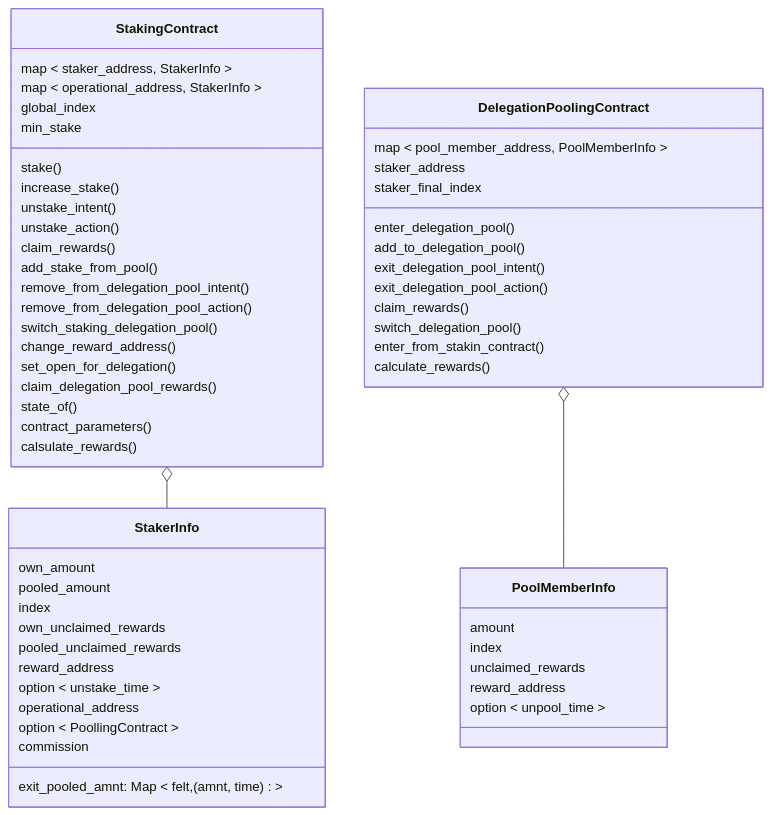
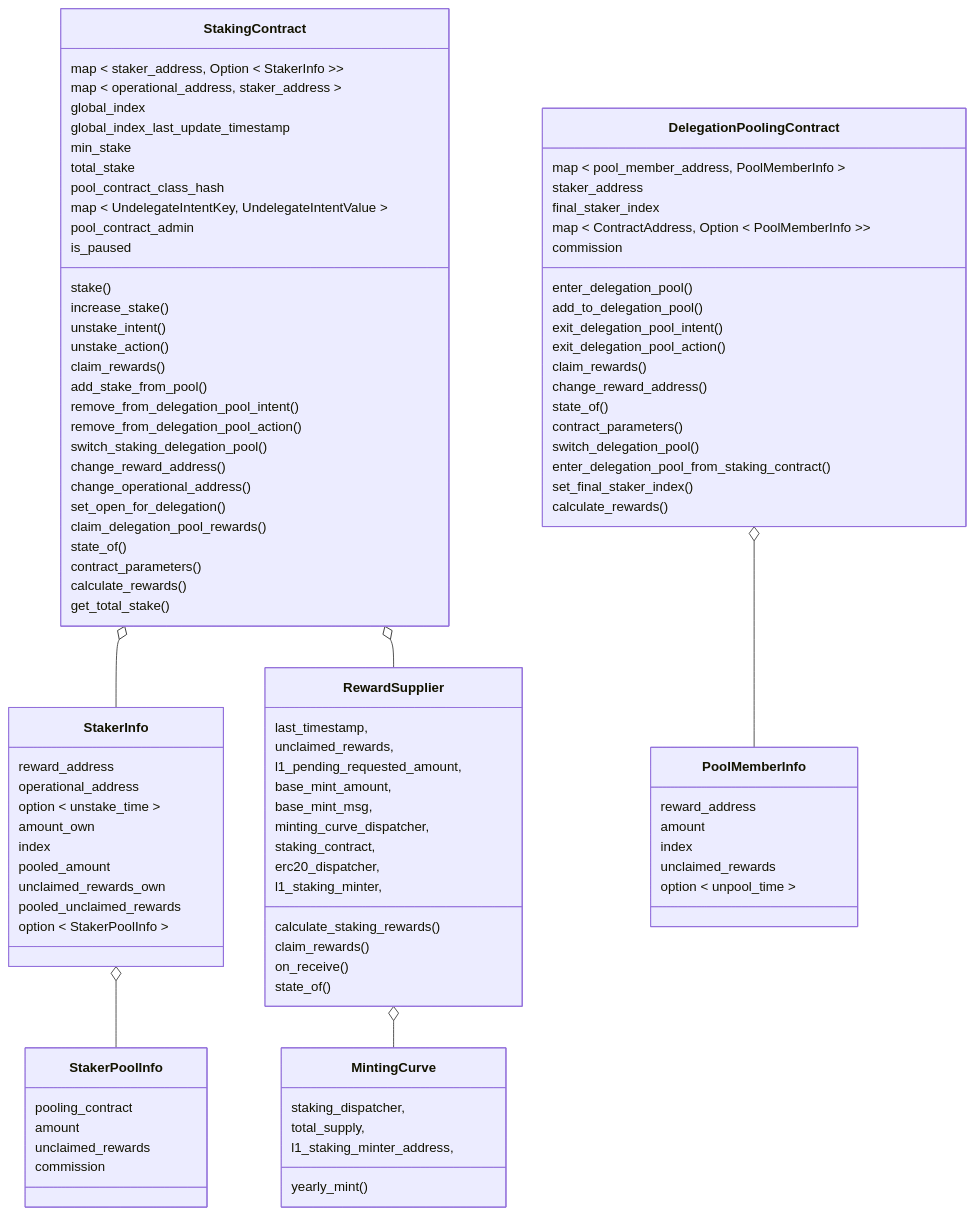
The first of 8 diagrams in docs/spec.md (starkware-libs/starknet-staking), drawn with Mermaid before and after one commit. The commit also changed other lines of this file and 10 other files, not shown here.

````diff
--- a/docs/spec.md
+++ b/docs/spec.md
@@ -112,10 +134,16 @@
 ```mermaid
 classDiagram
   class StakingContract{
-    map < staker_address, StakerInfo >
-    map < operational_address, StakerInfo >
+    map < staker_address, Option < StakerInfo >>
+    map < operational_address, staker_address >
     global_index
+    global_index_last_update_timestamp
     min_stake
+    total_stake
+    pool_contract_class_hash
+    map < UndelegateIntentKey, UndelegateIntentValue >
+    pool_contract_admin
+    is_paused
     stake()
     increase_stake()
     unstake_intent()
@@ -126,46 +154,82 @@
     remove_from_delegation_pool_action()
     switch_staking_delegation_pool()
     change_reward_address()
+    change_operational_address()
     set_open_for_delegation()
     claim_delegation_pool_rewards()
     state_of()
     contract_parameters()
-    calsulate_rewards()
+    calculate_rewards()
+    get_total_stake()
 
   }
   class DelegationPoolingContract{
     map < pool_member_address, PoolMemberInfo >
     staker_address
-    staker_final_index
+    final_staker_index
+    map < ContractAddress, Option < PoolMemberInfo >>
+    commission
     enter_delegation_pool()
     add_to_delegation_pool()
     exit_delegation_pool_intent()
     exit_delegation_pool_action()
     claim_rewards()
+    change_reward_address()
+    state_of()
+    contract_parameters()
     switch_delegation_pool()
-    enter_from_stakin_contract()
+    enter_delegation_pool_from_staking_contract()
+    set_final_staker_index()
     calculate_rewards()
   }
   class StakerInfo{
-    own_amount
+    reward_address
+    operational_address
+    option < unstake_time >
+    amount_own
+    index
     pooled_amount
-    index
-    own_unclaimed_rewards
+    unclaimed_rewards_own
     pooled_unclaimed_rewards
-    exit_pooled_amnt: Map < felt, (amnt, time) >
-    reward_address
-    option < unstake_time >
-    operational_address
-    option < PoollingContract >
+    option < StakerPoolInfo >
+  }
+  class StakerPoolInfo{
+    pooling_contract
+    amount
+    unclaimed_rewards
     commission
   }
   class PoolMemberInfo{
+    reward_address
     amount
     index
     unclaimed_rewards
-    reward_address
     option < unpool_time >
   }
+  class RewardSupplier {
+    last_timestamp,
+    unclaimed_rewards,
+    l1_pending_requested_amount,
+    base_mint_amount,
+    base_mint_msg,
+    minting_curve_dispatcher,
+    staking_contract,
+    erc20_dispatcher,
+    l1_staking_minter,
+    calculate_staking_rewards()
+    claim_rewards()
+    on_receive()
+    state_of()
+  }
+  class MintingCurve {
+    staking_dispatcher,
+    total_supply,
+    l1_staking_minter_address,
+    yearly_mint()
+  }
   StakingContract o-- StakerInfo
+  StakerInfo o-- StakerPoolInfo
   DelegationPoolingContract o-- PoolMemberInfo
+  StakingContract o-- RewardSupplier
+  RewardSupplier o-- MintingCurve
 ```
````
